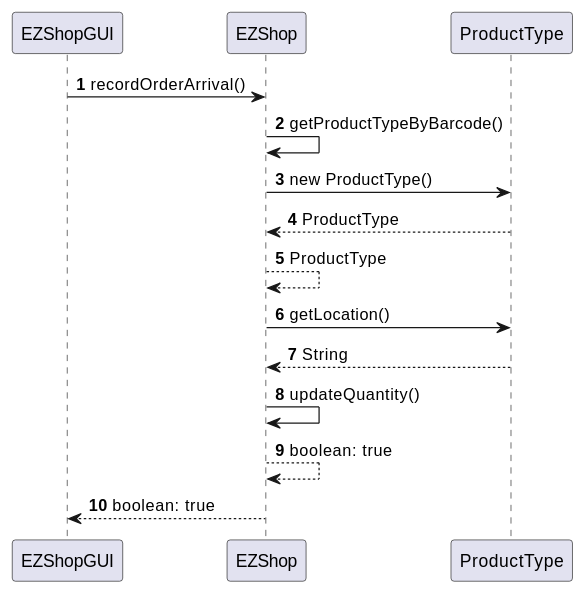
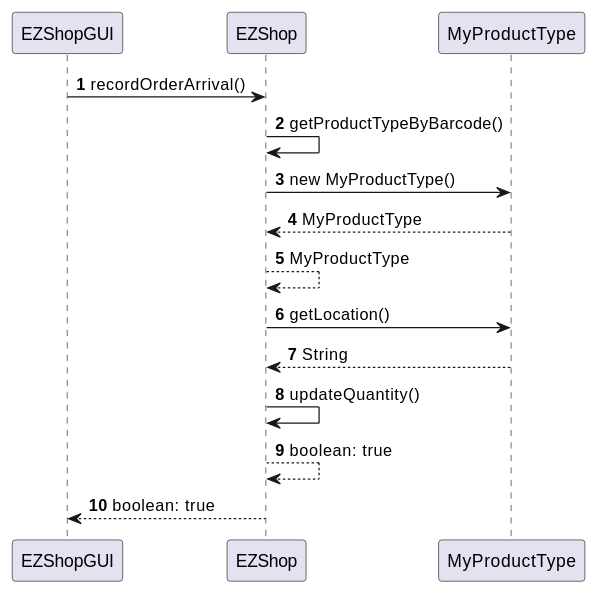
The ninth of 22 diagrams in Deliverables/DesignDocument.md (mkexc/ezshop), drawn with PlantUML before and after one commit. The commit also changed other lines of this file and 160 other files, not shown here.

````diff
--- a/Deliverables/DesignDocument.md
+++ b/Deliverables/DesignDocument.md
@@ -313,15 +305,15 @@
 ```plantuml
 @startuml
 autonumber
 EZShopGUI -> EZShop : recordOrderArrival()
 EZShop -> EZShop : getProductTypeByBarcode()
-EZShop -> ProductType : new ProductType()
-ProductType --> EZShop : ProductType
-EZShop --> EZShop : ProductType
-EZShop -> ProductType : getLocation()
-ProductType --> EZShop : String
+EZShop -> MyProductType : new MyProductType()
+MyProductType --> EZShop : MyProductType
+EZShop --> EZShop : MyProductType
+EZShop -> MyProductType : getLocation()
+MyProductType --> EZShop : String
 EZShop -> EZShop : updateQuantity()
 EZShop --> EZShop : boolean: true
 EZShop --> EZShopGUI : boolean: true
 @enduml
 ```
````
